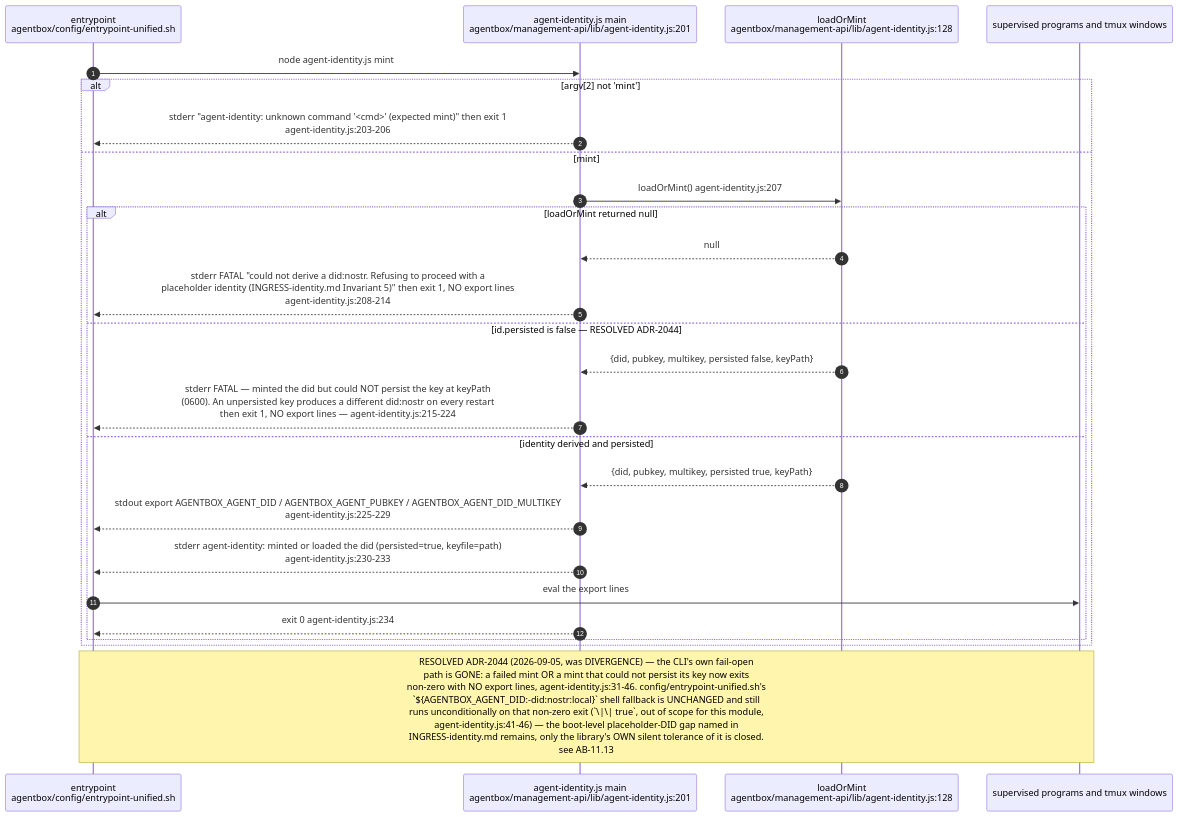
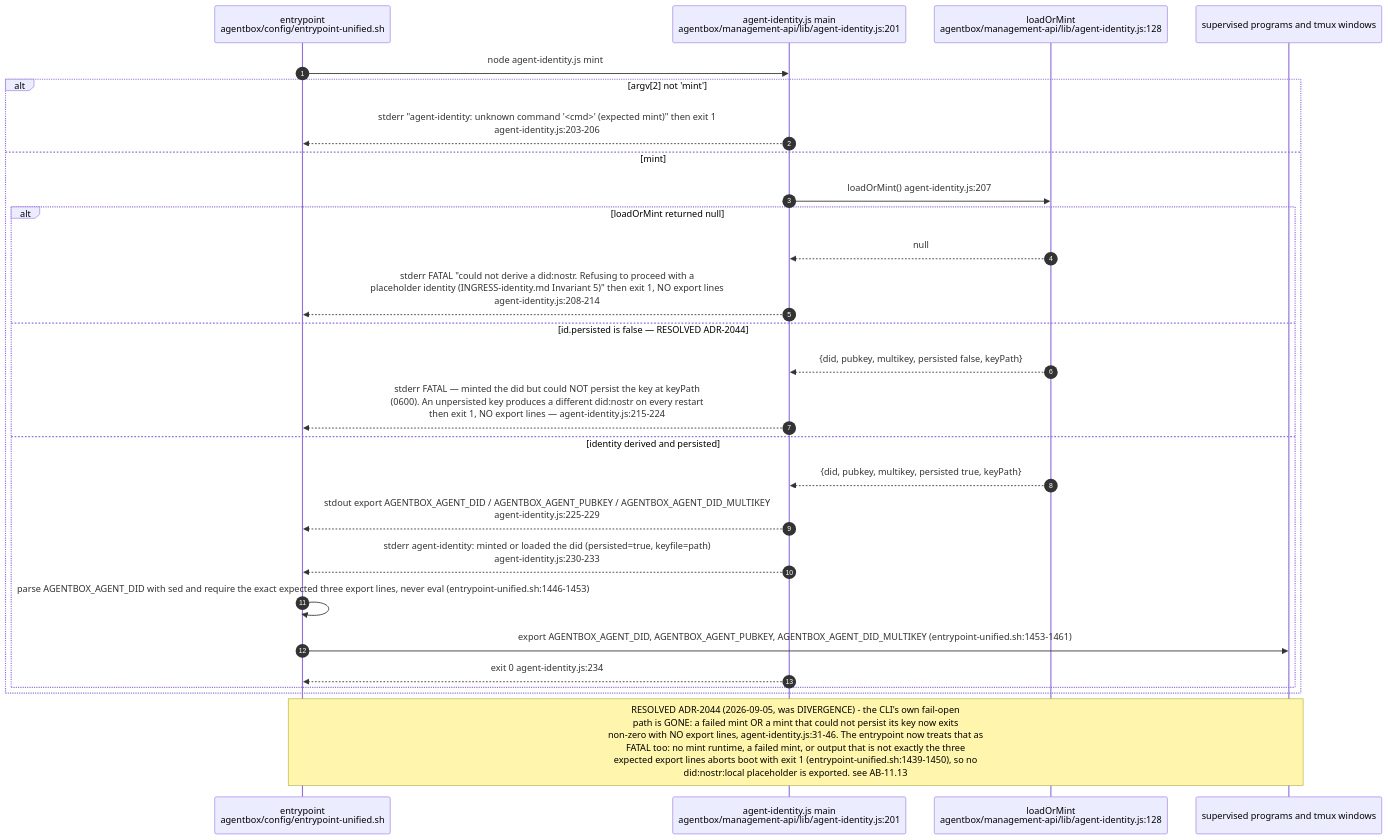
The third of 16 diagrams in docs/diagrams/agentbox/11-identity-did-mandate-authority.md (DreamLab-AI/VisionFlow), drawn with Mermaid before and after one commit. The commit also changed other lines of this file and 160 other files, not shown here.

````diff
--- a/docs/diagrams/agentbox/11-identity-did-mandate-authority.md
+++ b/docs/diagrams/agentbox/11-identity-did-mandate-authority.md
@@ -152,29 +152,30 @@
 ```mermaid
 sequenceDiagram
     autonumber
     participant EP as entrypoint<br/>agentbox/config/entrypoint-unified.sh
     participant CLI as agent-identity.js main<br/>agentbox/management-api/lib/agent-identity.js:201
     participant LM as loadOrMint<br/>agentbox/management-api/lib/agent-identity.js:128
     participant SHELL as supervised programs and tmux windows
 
     EP->>CLI: node agent-identity.js mint
     alt argv[2] not 'mint'
         CLI-->>EP: stderr "agent-identity: unknown command '<cmd>' (expected mint)" then exit 1<br/>agent-identity.js:203-206
     else mint
         CLI->>LM: loadOrMint() agent-identity.js:207
         alt loadOrMint returned null
             LM-->>CLI: null
             CLI-->>EP: stderr FATAL "could not derive a did:nostr. Refusing to proceed with a<br/>placeholder identity (INGRESS-identity.md Invariant 5)" then exit 1, NO export lines<br/>agent-identity.js:208-214
         else id.persisted is false — RESOLVED ADR-2044
             LM-->>CLI: {did, pubkey, multikey, persisted false, keyPath}
             CLI-->>EP: stderr FATAL — minted the did but could NOT persist the key at keyPath<br/>(0600). An unpersisted key produces a different did:nostr on every restart<br/>then exit 1, NO export lines — agent-identity.js:215-224
         else identity derived and persisted
             LM-->>CLI: {did, pubkey, multikey, persisted true, keyPath}
             CLI-->>EP: stdout export AGENTBOX_AGENT_DID / AGENTBOX_AGENT_PUBKEY / AGENTBOX_AGENT_DID_MULTIKEY<br/>agent-identity.js:225-229
             CLI-->>EP: stderr agent-identity: minted or loaded the did (persisted=true, keyfile=path)<br/>agent-identity.js:230-233
-            EP->>SHELL: eval the export lines
+            EP->>EP: parse AGENTBOX_AGENT_DID with sed and require the exact expected three export lines, never eval (entrypoint-unified.sh:1446-1453)
+            EP->>SHELL: export AGENTBOX_AGENT_DID, AGENTBOX_AGENT_PUBKEY, AGENTBOX_AGENT_DID_MULTIKEY (entrypoint-unified.sh:1453-1461)
             CLI-->>EP: exit 0 agent-identity.js:234
         end
     end
-    Note over EP,SHELL: RESOLVED ADR-2044 (2026-09-05, was DIVERGENCE) — the CLI's own fail-open<br/>path is GONE: a failed mint OR a mint that could not persist its key now exits<br/>non-zero with NO export lines, agent-identity.js:31-46. config/entrypoint-unified.sh's<br/>`${AGENTBOX_AGENT_DID:-did:nostr:local}` shell fallback is UNCHANGED and still<br/>runs unconditionally on that non-zero exit (`\|\| true`, out of scope for this module,<br/>agent-identity.js:41-46) — the boot-level placeholder-DID gap named in<br/>INGRESS-identity.md remains, only the library's OWN silent tolerance of it is closed.<br/>see AB-11.13
+    Note over EP,SHELL: RESOLVED ADR-2044 (2026-09-05, was DIVERGENCE) - the CLI's own fail-open<br/>path is GONE: a failed mint OR a mint that could not persist its key now exits<br/>non-zero with NO export lines, agent-identity.js:31-46. The entrypoint now treats that as<br/>FATAL too: no mint runtime, a failed mint, or output that is not exactly the three<br/>expected export lines aborts boot with exit 1 (entrypoint-unified.sh:1439-1450), so no<br/>did:nostr:local placeholder is exported. see AB-11.13
 ```
````
